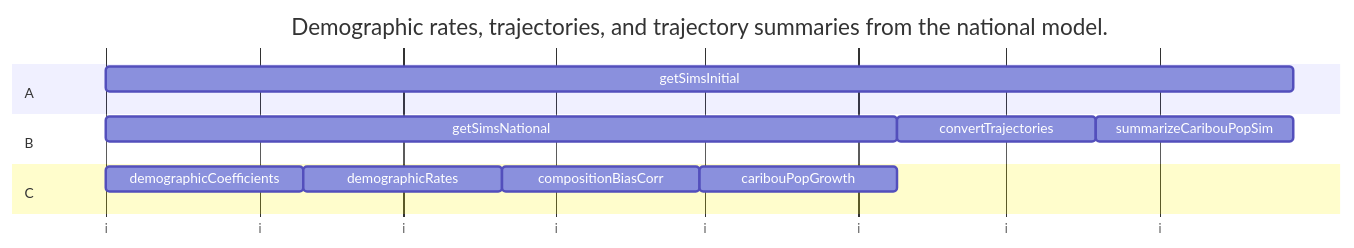
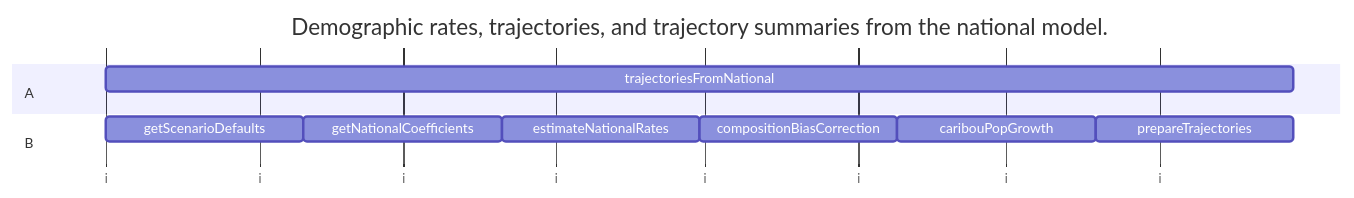
The third of 4 diagrams in vignettes/_workflow.qmd (LandSciTech/caribouMetrics), drawn with Mermaid before and after one commit. The commit also changed other lines of this file and 4 other files, not shown here.

````diff
--- a/vignettes/_workflow.qmd
+++ b/vignettes/_workflow.qmd
@@ -196,27 +137,24 @@
 ```{mermaid}
 %%| column: screen
 %%| fig.width: 20
 ---
 displayMode: compact
 ---
 %%{init: { "gantt": { "barGap": 20 } } }%%
 gantt
     title Demographic rates, trajectories, and trajectory summaries from the national model. 
     dateFormat YYYY-MM-DD
     axisFormat %i
     
     section A
-    getSimsInitial :a1, 2000-01-01, 240d
+    trajectoriesFromNational :a1, 2000-01-01, 240d
 
     section B
-    getSimsNational       :b1, 2000-01-01, 160d
-    convertTrajectories     :b2, after b1, 40d
-    summarizeCaribouPopSim     :b3, after b2, 40d
-
-    section C
-    demographicCoefficients  :c1, 2000-01-01, 40d
-    demographicRates         :c2, after c1, 40d
-    compositionBiasCorr      :c3, after c2, 40d 
-    caribouPopGrowth         :c4, after c3, 40d
+    getScenarioDefaults      :b1, 2000-01-01, 40d
+    getNationalCoefficients     :b2, after b1, 40d
+    estimateNationalRates     :b3, after b2, 40d
+    compositionBiasCorrection     :b4, after b3, 40d
+    caribouPopGrowth     :b5, after b4, 40d
+    prepareTrajectories     :b6, after b5, 40d
 
 ```
````
